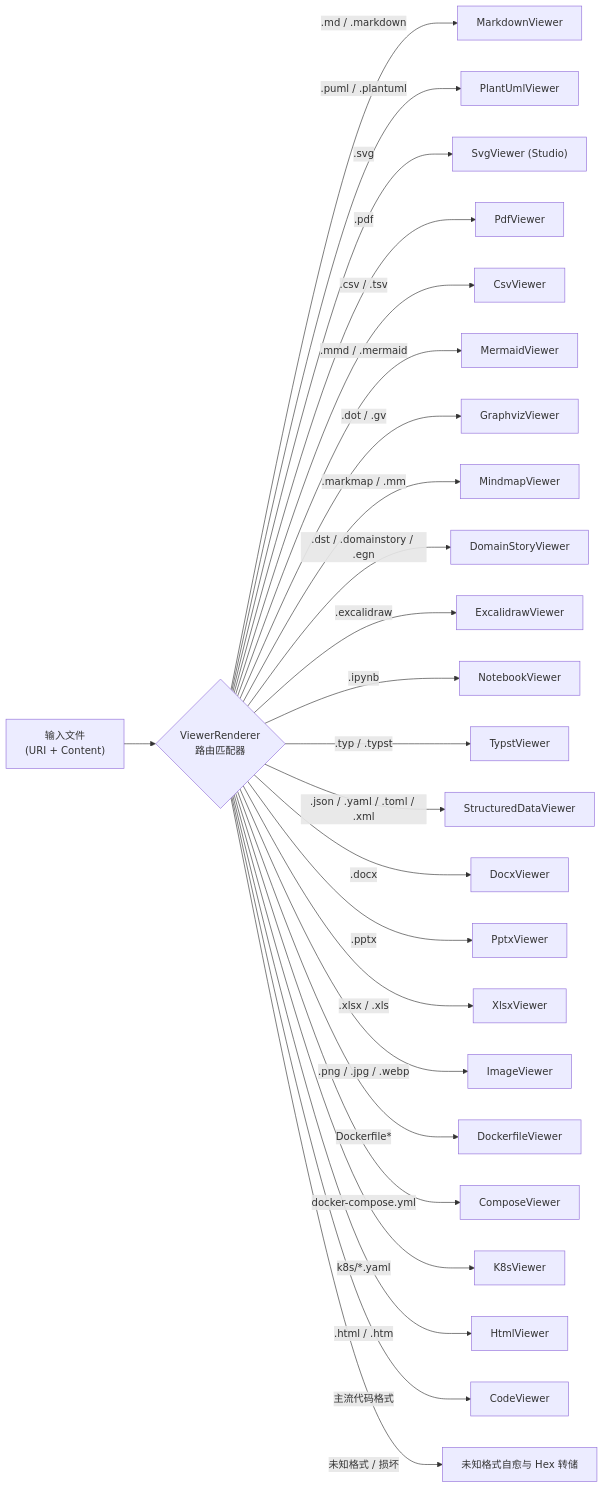
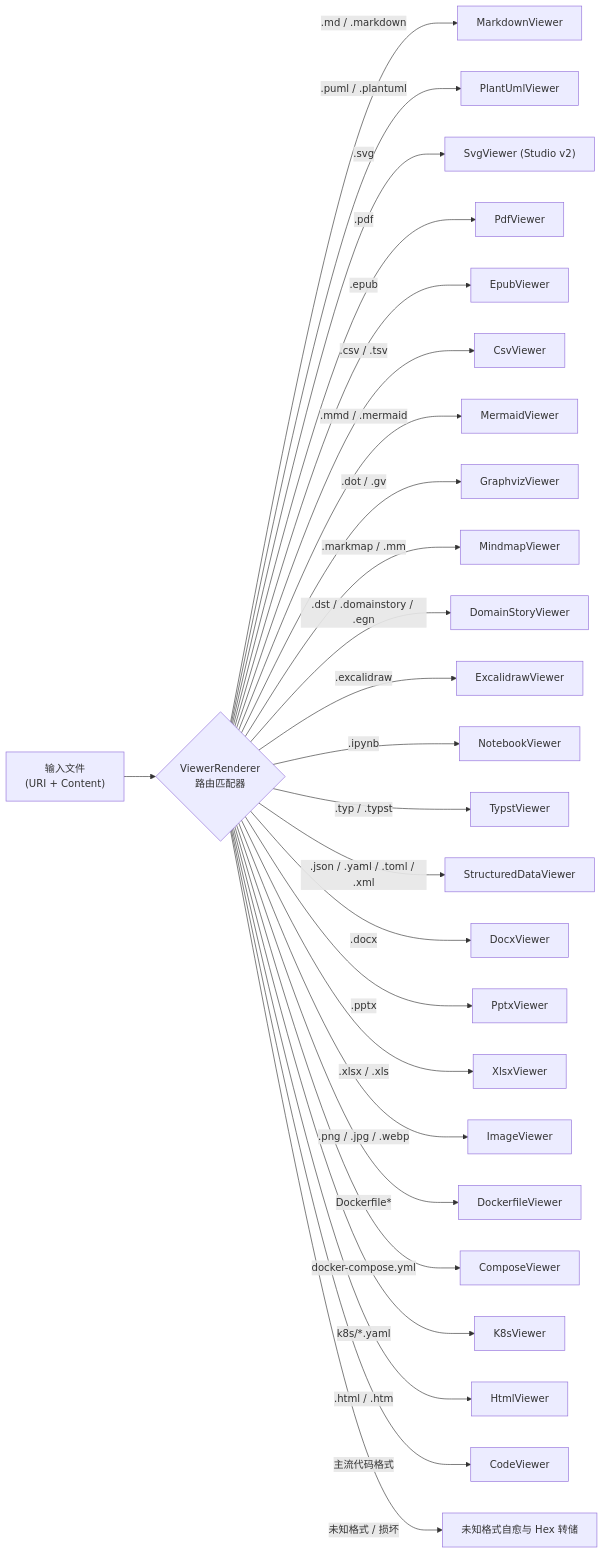
Before and after one commit to fsyyzz/OmniView-Open: the fourth of 6 diagrams in docs/architecture.md, drawn with Mermaid. The commit also changed other lines of this file and 9 other files, not shown here.

````diff
--- a/docs/architecture.md
+++ b/docs/architecture.md
@@ -113,28 +113,29 @@
 ```mermaid
 flowchart LR
     File["输入文件<br/>(URI + Content)"] --> Router{"ViewerRenderer<br/>路由匹配器"}
 
     Router -->|".md / .markdown"| D_MD["MarkdownViewer"]
     Router -->|".puml / .plantuml"| D_PUML["PlantUmlViewer"]
-    Router -->|".svg"| D_SVG["SvgViewer (Studio)"]
+    Router -->|".svg"| D_SVG["SvgViewer (Studio v2)"]
     Router -->|".pdf"| D_PDF["PdfViewer"]
+    Router -->|".epub"| D_EPUB["EpubViewer"]
     Router -->|".csv / .tsv"| D_CSV["CsvViewer"]
     Router -->|".mmd / .mermaid"| D_MMD["MermaidViewer"]
     Router -->|".dot / .gv"| D_GV["GraphvizViewer"]
     Router -->|".markmap / .mm"| D_MM["MindmapViewer"]
     Router -->|".dst / .domainstory / .egn"| D_DS["DomainStoryViewer"]
     Router -->|".excalidraw"| D_EXC["ExcalidrawViewer"]
     Router -->|".ipynb"| D_NB["NotebookViewer"]
     Router -->|".typ / .typst"| D_TYP["TypstViewer"]
     Router -->|".json / .yaml / .toml / .xml"| D_DATA["StructuredDataViewer"]
     Router -->|".docx"| D_DOCX["DocxViewer"]
     Router -->|".pptx"| D_PPTX["PptxViewer"]
     Router -->|".xlsx / .xls"| D_XLSX["XlsxViewer"]
     Router -->|".png / .jpg / .webp"| D_IMG["ImageViewer"]
     Router -->|"Dockerfile*"| D_DF["DockerfileViewer"]
     Router -->|"docker-compose.yml"| D_DC["ComposeViewer"]
     Router -->|"k8s/*.yaml"| D_K8S["K8sViewer"]
     Router -->|".html / .htm"| D_HTML["HtmlViewer"]
     Router -->|"主流代码格式"| D_CODE["CodeViewer"]
     Router -->|"未知格式 / 损坏"| D_FALLBACK["未知格式自愈与 Hex 转储"]
 ```
````
